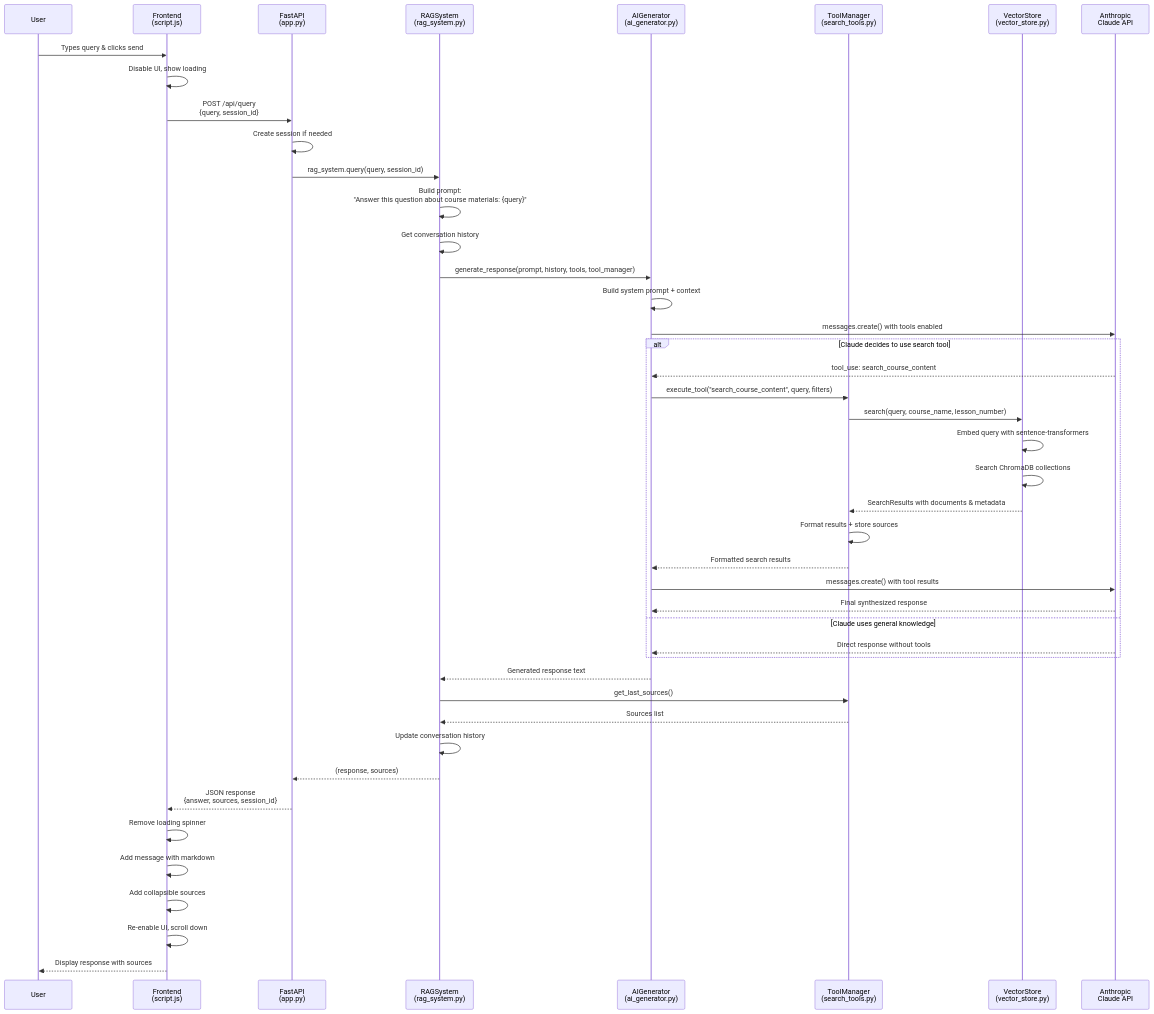
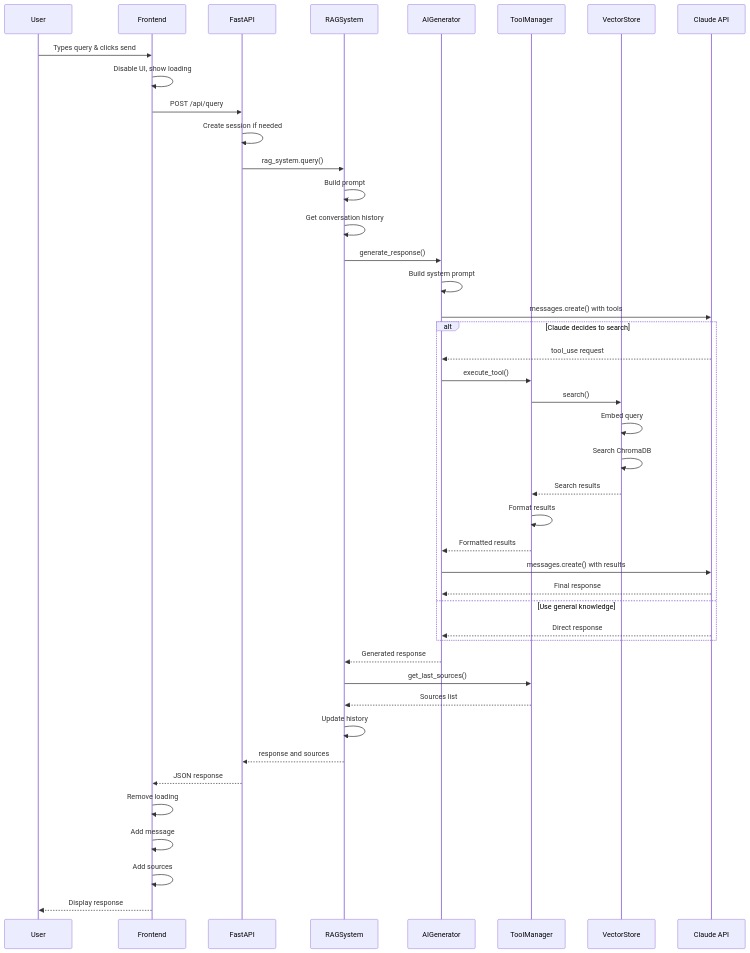
One commit to Zander2/starting-ragchatbot-codebase changed the first of 2 diagrams in query_flow_diagram.md. Above: the diagram before and after it, drawn with Mermaid. The commit also changed 2 other files, not shown here.

Commit message:
Update documentation and add development guidance
- Add comprehensive CLAUDE.md with development commands and architecture overview
- Add interactive HTML query flow diagram with Mermaid visualizations
- Update markdown flow diagram with simplified sequence
- Include troubleshooting guide and configuration details

🤖 Generated with [Claude Code](https://claude.ai/code)

````diff
--- a/query_flow_diagram.md
+++ b/query_flow_diagram.md
@@ -3,53 +3,52 @@
 ```mermaid
 sequenceDiagram
-    participant User
-    participant Frontend as Frontend<br/>(script.js)
-    participant API as FastAPI<br/>(app.py)
-    participant RAG as RAGSystem<br/>(rag_system.py)
-    participant AI as AIGenerator<br/>(ai_generator.py)
-    participant Tools as ToolManager<br/>(search_tools.py)
-    participant Vector as VectorStore<br/>(vector_store.py)
-    participant Claude as Anthropic<br/>Claude API
+    participant U as User
+    participant F as Frontend
+    participant A as FastAPI
+    participant R as RAGSystem
+    participant AI as AIGenerator
+    participant T as ToolManager
+    participant V as VectorStore
+    participant C as Claude API
 
-    User->>Frontend: Types query & clicks send
-    Frontend->>Frontend: Disable UI, show loading
-    Frontend->>API: POST /api/query<br/>{query, session_id}
+    U->>F: Types query & clicks send
+    F->>F: Disable UI, show loading
+    F->>A: POST /api/query
 
-    API->>API: Create session if needed
-    API->>RAG: rag_system.query(query, session_id)
+    A->>A: Create session if needed
+    A->>R: rag_system.query()
 
-    RAG->>RAG: Build prompt:<br/>"Answer this question about course materials: {query}"
-    RAG->>RAG: Get conversation history
-    RAG->>AI: generate_response(prompt, history, tools, tool_manager)
+    R->>R: Build prompt
+    R->>R: Get conversation history
+    R->>AI: generate_response()
 
-    AI->>AI: Build system prompt + context
-    AI->>Claude: messages.create() with tools enabled
+    AI->>AI: Build system prompt
+    AI->>C: messages.create() with tools
 
-    alt Claude decides to use search tool
-        Claude-->>AI: tool_use: search_course_content
-        AI->>Tools: execute_tool("search_course_content", query, filters)
-        Tools->>Vector: search(query, course_name, lesson_number)
-        Vector->>Vector: Embed query with sentence-transformers
-        Vector->>Vector: Search ChromaDB collections
-        Vector-->>Tools: SearchResults with documents & metadata
-        Tools->>Tools: Format results + store sources
-        Tools-->>AI: Formatted search results
-        AI->>Claude: messages.create() with tool results
-        Claude-->>AI: Final synthesized response
-    else Claude uses general knowledge
-        Claude-->>AI: Direct response without tools
+    alt Claude decides to search
+        C-->>AI: tool_use request
+        AI->>T: execute_tool()
+        T->>V: search()
+        V->>V: Embed query
+        V->>V: Search ChromaDB
+        V-->>T: Search results
+        T->>T: Format results
+        T-->>AI: Formatted results
+        AI->>C: messages.create() with results
+        C-->>AI: Final response
+    else Use general knowledge
+        C-->>AI: Direct response
     end
 
-    AI-->>RAG: Generated response text
-    RAG->>Tools: get_last_sources()
-    Tools-->>RAG: Sources list
-    RAG->>RAG: Update conversation history
-    RAG-->>API: (response, sources)
+    AI-->>R: Generated response
+    R->>T: get_last_sources()
+    T-->>R: Sources list
+    R->>R: Update history
+    R-->>A: response and sources
 
-    API-->>Frontend: JSON response<br/>{answer, sources, session_id}
-    Frontend->>Frontend: Remove loading spinner
-    Frontend->>Frontend: Add message with markdown
-    Frontend->>Frontend: Add collapsible sources
-    Frontend->>Frontend: Re-enable UI, scroll down
-    Frontend-->>User: Display response with sources
+    A-->>F: JSON response
+    F->>F: Remove loading
+    F->>F: Add message
+    F->>F: Add sources
+    F-->>U: Display response
 ```
````
